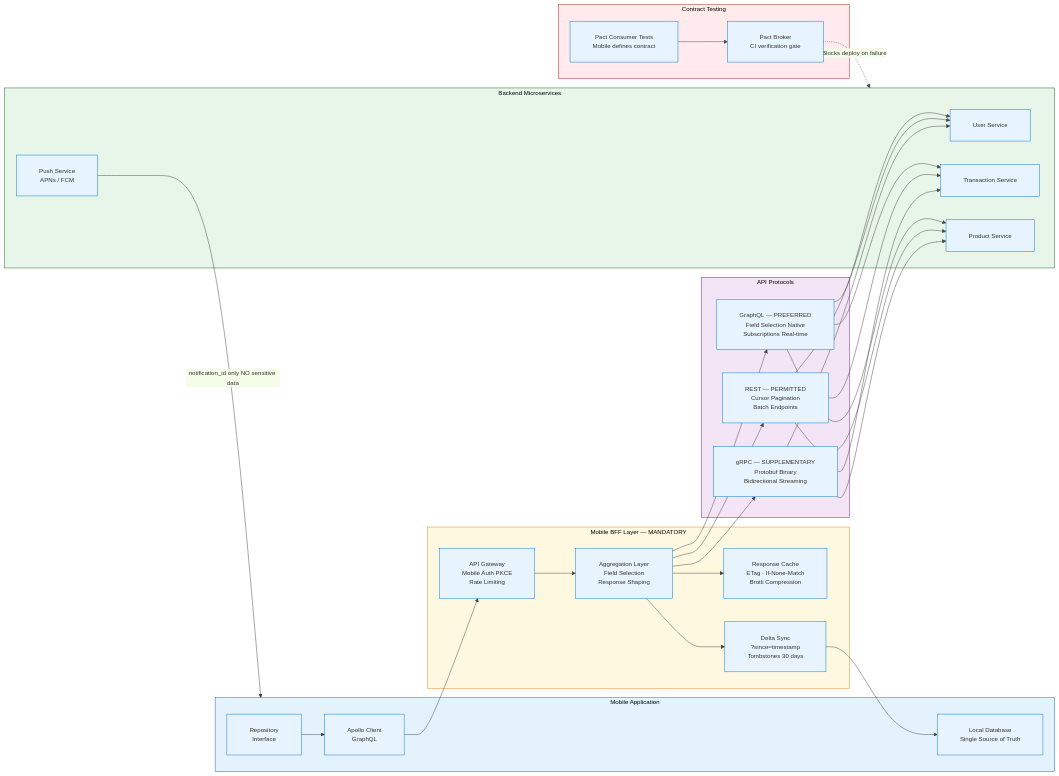
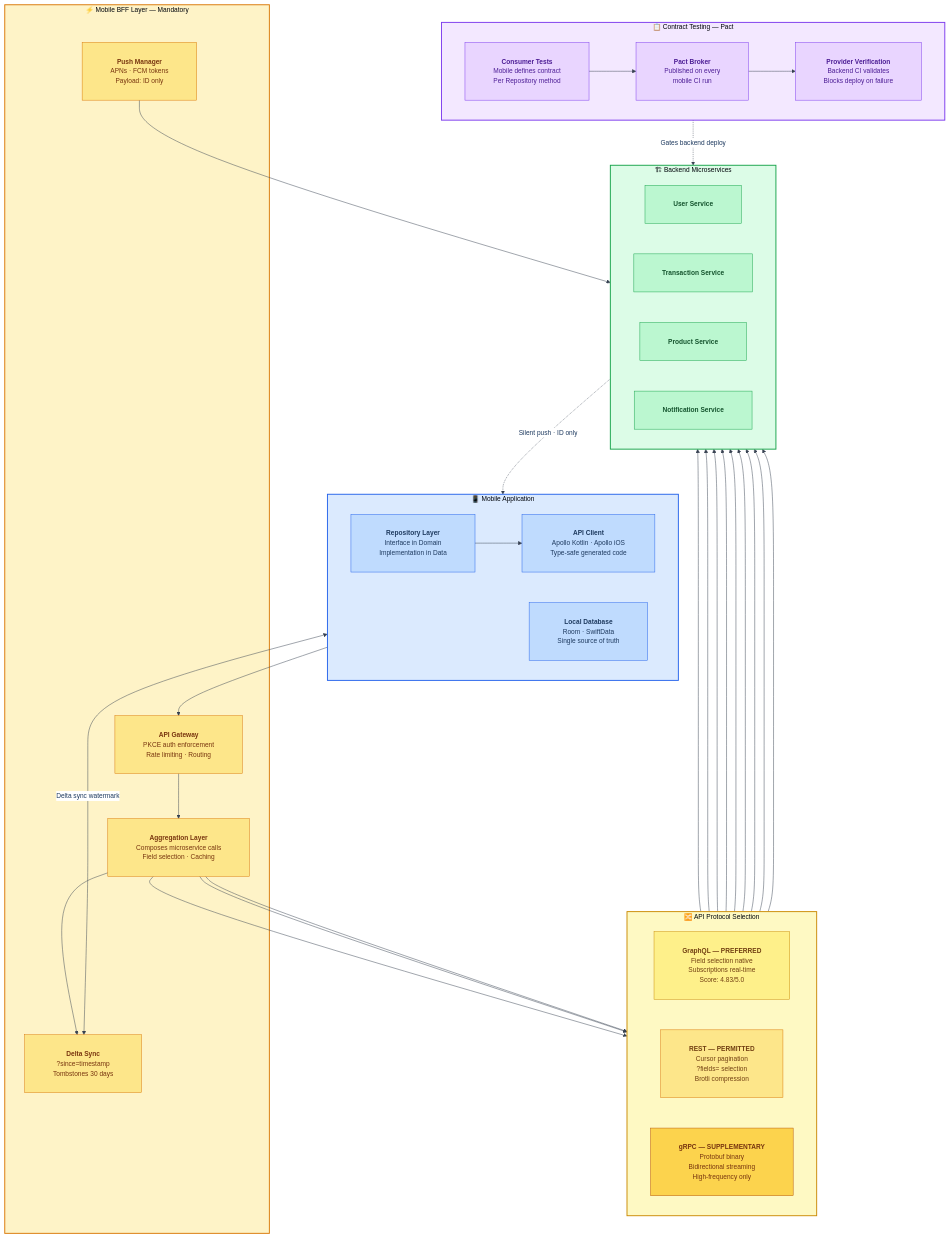
Before and after one commit to jeril-ascendion/knowledge-library: the diagram in content/adrs/bff-api-design/diagram.mmd, drawn with Mermaid. The commit also changed 13 other files, not shown here.

```diff
--- a/content/adrs/bff-api-design/diagram.mmd
+++ b/content/adrs/bff-api-design/diagram.mmd
@@ -1,43 +1,64 @@
-%%{init:{'theme':'base','themeVariables':{'primaryColor':'#E8F4FD','primaryBorderColor':'#0078D4','lineColor':'#444444','fontFamily':'IBM Plex Sans','fontSize':'13px','clusterBkg':'#F8F9FA','clusterBorder':'#CED4DA'},'flowchart':{'curve':'orthogonal','padding':24}}}%%
-flowchart LR
-    subgraph Mobile["Mobile Application"]
-        REPO2["Repository<br/>Interface"]
-        APOLLO["Apollo Client<br/>GraphQL"]
-        LDB["Local Database<br/>Single Source of Truth"]
+%%{init:{'theme':'base','themeVariables':{'fontSize':'14px','fontFamily':'IBM Plex Sans, system-ui','primaryColor':'#DBEAFE','primaryTextColor':'#1e3a5f','primaryBorderColor':'#2563EB','lineColor':'#374151','clusterBkg':'#F9FAFB','clusterBorder':'#D1D5DB','edgeLabelBackground':'#FFFFFF'},'flowchart':{'curve':'orthogonal','padding':30,'nodeSpacing':65,'rankSpacing':75,'useMaxWidth':true}}}%%
+flowchart TD
+    subgraph MOBILE["📱  Mobile Application"]
+        direction LR
+        REPO_BFF["<b>Repository Layer</b><br/>Interface in Domain<br/>Implementation in Data"]
+        APOLLO["<b>API Client</b><br/>Apollo Kotlin · Apollo iOS<br/>Type-safe generated code"]
+        LOCAL_BFF["<b>Local Database</b><br/>Room · SwiftData<br/>Single source of truth"]
     end
-    subgraph BFF2["Mobile BFF Layer — MANDATORY"]
-        GW2["API Gateway<br/>Mobile Auth PKCE<br/>Rate Limiting"]
-        AGG["Aggregation Layer<br/>Field Selection<br/>Response Shaping"]
-        CACHE["Response Cache<br/>ETag · If-None-Match<br/>Brotli Compression"]
-        DELTA["Delta Sync<br/>?since=timestamp<br/>Tombstones 30 days"]
+    subgraph PROTOCOL["🔀  API Protocol Selection"]
+        direction LR
+        GQL["<b>GraphQL — PREFERRED</b><br/>Field selection native<br/>Subscriptions real-time<br/>Score: 4.83/5.0"]
+        REST_P["<b>REST — PERMITTED</b><br/>Cursor pagination<br/>?fields= selection<br/>Brotli compression"]
+        GRPC_P["<b>gRPC — SUPPLEMENTARY</b><br/>Protobuf binary<br/>Bidirectional streaming<br/>High-frequency only"]
     end
-    subgraph API["API Protocols"]
-        GQLP["GraphQL — PREFERRED<br/>Field Selection Native<br/>Subscriptions Real-time"]
-        RESTP["REST — PERMITTED<br/>Cursor Pagination<br/>Batch Endpoints"]
-        GRPCP["gRPC — SUPPLEMENTARY<br/>Protobuf Binary<br/>Bidirectional Streaming"]
+    subgraph BFF_LAYER["⚡  Mobile BFF Layer — Mandatory"]
+        GW_BFF["<b>API Gateway</b><br/>PKCE auth enforcement<br/>Rate limiting · Routing"]
+        AGG_BFF["<b>Aggregation Layer</b><br/>Composes microservice calls<br/>Field selection · Caching"]
+        DELTA["<b>Delta Sync</b><br/>?since=timestamp<br/>Tombstones 30 days"]
+        PUSH_BFF["<b>Push Manager</b><br/>APNs · FCM tokens<br/>Payload: ID only"]
     end
-    subgraph Services["Backend Microservices"]
-        US["User Service"]
-        TS["Transaction Service"]
-        PS["Product Service"]
-        PUSH2["Push Service<br/>APNs / FCM"]
+    subgraph CONTRACT["📋  Contract Testing — Pact"]
+        direction LR
+        CONSUMER["<b>Consumer Tests</b><br/>Mobile defines contract<br/>Per Repository method"]
+        BROKER["<b>Pact Broker</b><br/>Published on every<br/>mobile CI run"]
+        PROVIDER["<b>Provider Verification</b><br/>Backend CI validates<br/>Blocks deploy on failure"]
     end
-    subgraph Contract["Contract Testing"]
-        PACT["Pact Consumer Tests<br/>Mobile defines contract"]
-        BROKER["Pact Broker<br/>CI verification gate"]
+    subgraph BACKEND_BFF["🏗  Backend Microservices"]
+        direction LR
+        SVC_U["<b>User Service</b>"]
+        SVC_T["<b>Transaction Service</b>"]
+        SVC_P["<b>Product Service</b>"]
+        SVC_N["<b>Notification Service</b>"]
     end
-    REPO2 --> APOLLO --> GW2
-    GW2 --> AGG
-    AGG --> CACHE
-    AGG --> DELTA
-    AGG --> GQLP & RESTP & GRPCP
-    GQLP & RESTP & GRPCP --> US & TS & PS
-    PUSH2 -->|"notification_id only NO sensitive data"| Mobile
-    DELTA --> LDB
-    PACT --> BROKER
-    BROKER -.->|"Blocks deploy on failure"| Services
-    style Mobile fill:#E3F2FD,stroke:#1565C0
-    style BFF2 fill:#FFF8E1,stroke:#F57F17
-    style API fill:#F3E5F5,stroke:#6A1B9A
-    style Services fill:#E8F5E9,stroke:#1B5E20
-    style Contract fill:#FFEBEE,stroke:#B71C1C
+    REPO_BFF --> APOLLO --> GW_BFF
+    LOCAL_BFF <-->|"Delta sync watermark"| DELTA
+    GW_BFF --> AGG_BFF --> DELTA
+    AGG_BFF --> GQL & REST_P & GRPC_P
+    GQL & REST_P & GRPC_P --> SVC_U & SVC_T & SVC_P
+    PUSH_BFF --> SVC_N
+    SVC_N -.->|"Silent push · ID only"| MOBILE
+    CONSUMER --> BROKER --> PROVIDER
+    PROVIDER -.->|"Gates backend deploy"| BACKEND_BFF
+    style MOBILE fill:#DBEAFE,stroke:#2563EB,stroke-width:2px
+    style PROTOCOL fill:#FEF9C3,stroke:#CA8A04,stroke-width:2px
+    style BFF_LAYER fill:#FEF3C7,stroke:#D97706,stroke-width:2px
+    style CONTRACT fill:#F3E8FF,stroke:#7C3AED,stroke-width:2px
+    style BACKEND_BFF fill:#DCFCE7,stroke:#16A34A,stroke-width:2px
+    style REPO_BFF fill:#BFDBFE,stroke:#2563EB,color:#1e3a5f
+    style APOLLO fill:#BFDBFE,stroke:#2563EB,color:#1e3a5f
+    style LOCAL_BFF fill:#BFDBFE,stroke:#2563EB,color:#1e3a5f
+    style GQL fill:#FEF08A,stroke:#CA8A04,color:#713f12
+    style REST_P fill:#FDE68A,stroke:#D97706,color:#713f12
+    style GRPC_P fill:#FCD34D,stroke:#B45309,color:#78350F
+    style GW_BFF fill:#FDE68A,stroke:#D97706,color:#78350F
+    style AGG_BFF fill:#FDE68A,stroke:#D97706,color:#78350F
+    style DELTA fill:#FDE68A,stroke:#D97706,color:#78350F
+    style PUSH_BFF fill:#FDE68A,stroke:#D97706,color:#78350F
+    style CONSUMER fill:#E9D5FF,stroke:#7C3AED,color:#4C1D95
+    style BROKER fill:#E9D5FF,stroke:#7C3AED,color:#4C1D95
+    style PROVIDER fill:#E9D5FF,stroke:#7C3AED,color:#4C1D95
+    style SVC_U fill:#BBF7D0,stroke:#16A34A,color:#14532D
+    style SVC_T fill:#BBF7D0,stroke:#16A34A,color:#14532D
+    style SVC_P fill:#BBF7D0,stroke:#16A34A,color:#14532D
+    style SVC_N fill:#BBF7D0,stroke:#16A34A,color:#14532D
```
